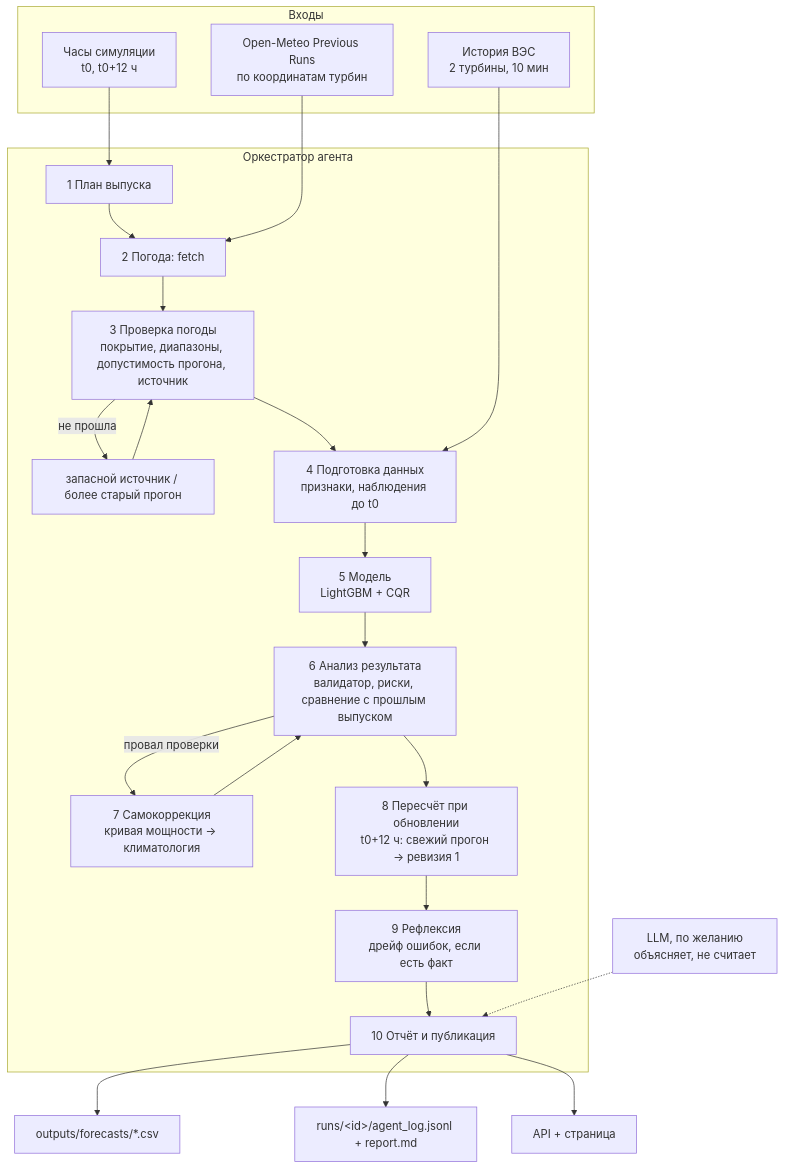
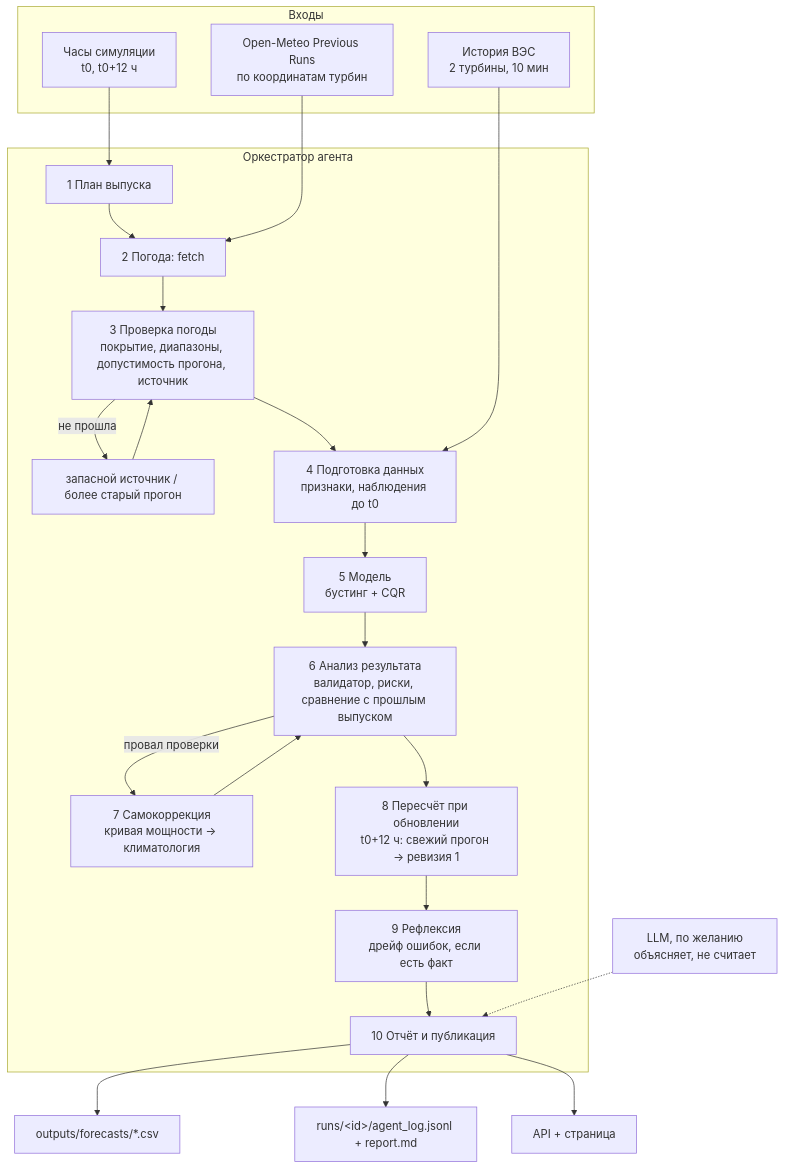
One commit to BAITC-Hacks/hack-17c230f8-ctrlx changed the diagram in docs/SOLUTION.md. Above: the diagram before and after it, drawn with Mermaid. The commit also changed other lines of this file and 1 other file, not shown here.

````diff
--- a/docs/SOLUTION.md
+++ b/docs/SOLUTION.md
@@ -169,29 +170,29 @@
 ```mermaid
 flowchart TB
   subgraph IN[Входы]
     SCADA[История ВЭС<br/>2 турбины, 10 мин]
     OM[Open-Meteo Previous Runs<br/>по координатам турбин]
     CLK[Часы симуляции<br/>t0, t0+12 ч]
   end
   subgraph AG[Оркестратор агента]
     P[1 План выпуска] --> W[2 Погода: fetch]
     W --> V[3 Проверка погоды<br/>покрытие, диапазоны, допустимость прогона, источник]
     V -->|не прошла| W2[запасной источник / более старый прогон]
     W2 --> V
     V --> D[4 Подготовка данных<br/>признаки, наблюдения до t0]
-    D --> M[5 Модель<br/>LightGBM + CQR]
+    D --> M[5 Модель<br/>бустинг + CQR]
     M --> A[6 Анализ результата<br/>валидатор, риски, сравнение с прошлым выпуском]
     A -->|провал проверки| F[7 Самокоррекция<br/>кривая мощности → климатология]
     F --> A
     A --> R[8 Пересчёт при обновлении<br/>t0+12 ч: свежий прогон → ревизия 1]
     R --> REF[9 Рефлексия<br/>дрейф ошибок, если есть факт]
     REF --> O[10 Отчёт и публикация]
   end
   LLM[LLM, по желанию<br/>объясняет, не считает] -.-> O
   O --> CSV[outputs/forecasts/*.csv]
   O --> LOG[runs/&lt;id&gt;/agent_log.jsonl + report.md]
   O --> API[API + страница]
   SCADA --> D
   OM --> W
   CLK --> P
 ```
````
